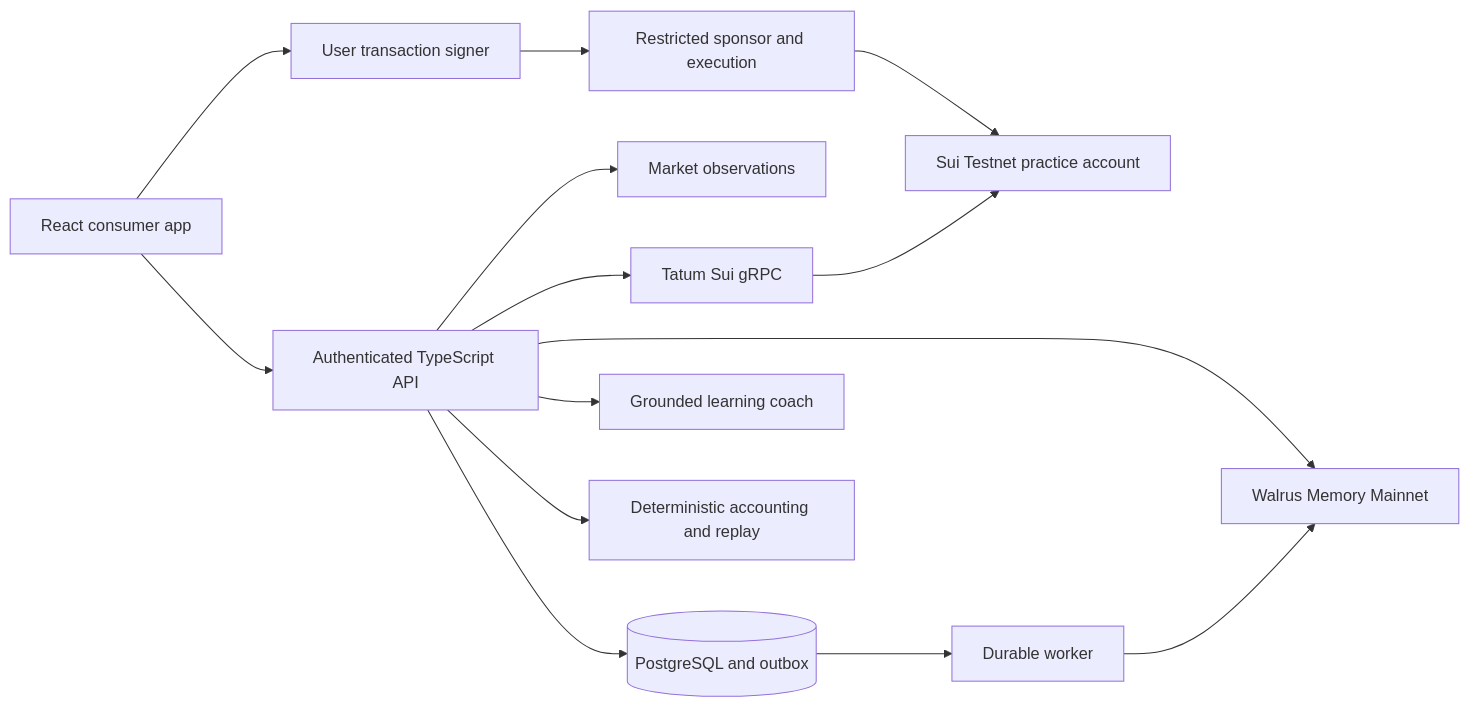
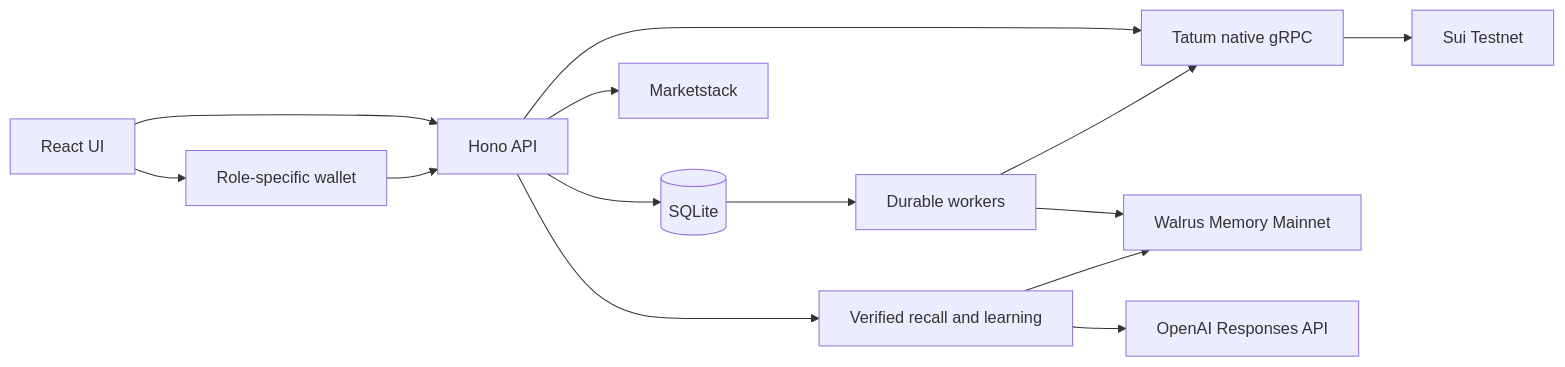
One commit to ELLA0VICTOR/trove changed the diagram in docs/ARCHITECTURE.md. Above: the diagram before and after it, drawn with Mermaid. The commit also changed other lines of this file and 71 other files, not shown here.

````diff
--- a/docs/ARCHITECTURE.md
+++ b/docs/ARCHITECTURE.md
@@ -42,16 +11,16 @@
 ```mermaid
 flowchart LR
-  UI[React consumer app] --> API[Authenticated TypeScript API]
-  UI --> SIGN[User transaction signer]
-  API --> DB[(PostgreSQL and outbox)]
-  API --> DATA[Market observations]
-  API --> TATUM[Tatum Sui gRPC]
-  TATUM --> CHAIN[Sui Testnet practice account]
-  SIGN --> SPONSOR[Restricted sponsor and execution]
-  SPONSOR --> CHAIN
-  DB --> WORKER[Durable worker]
-  WORKER --> MEMORY[Walrus Memory Mainnet]
-  API --> MEMORY
-  API --> COACH[Grounded learning coach]
-  API --> MATH[Deterministic accounting and replay]
+  UI[React UI] --> API[Hono API]
+  UI --> WALLET[Role-specific wallet]
+  WALLET --> API
+  API --> DB[(SQLite)]
+  API --> DATA[Marketstack]
+  API --> TATUM[Tatum native gRPC]
+  TATUM --> SUI[Sui Testnet]
+  DB --> JOBS[Durable workers]
+  JOBS --> MEMORY[Walrus Memory Mainnet]
+  JOBS --> TATUM
+  API --> LEARNING[Verified recall and learning]
+  LEARNING --> MEMORY
+  LEARNING --> MODEL[OpenAI Responses API]
 ```
````
